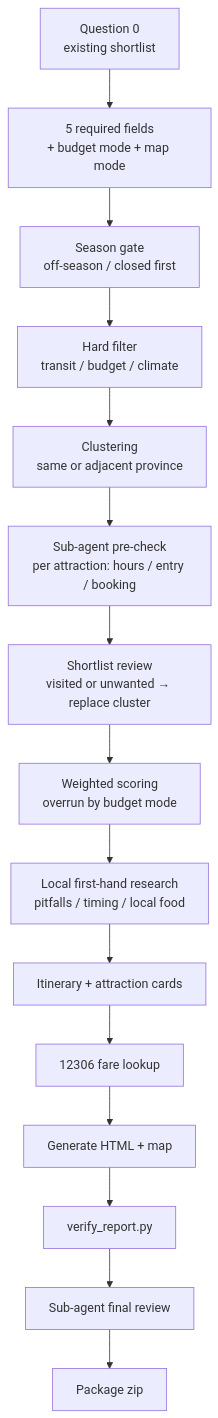
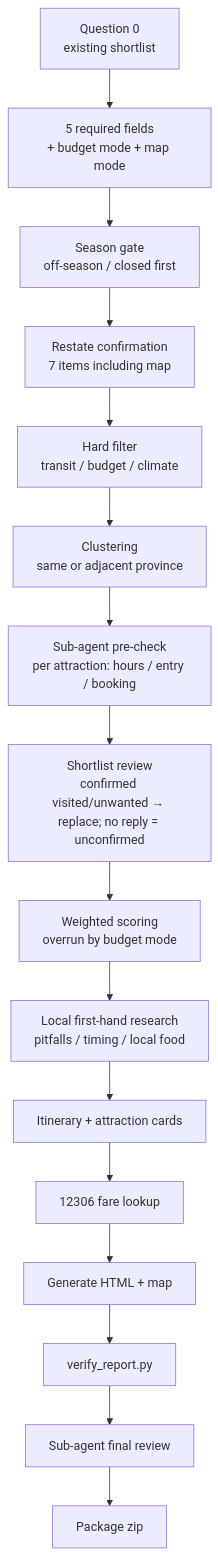
One commit to ghost-him/chinese-travel-recommend changed the diagram in README.md. Above: the diagram before and after it, drawn with Mermaid. The commit also changed other lines of this file and 14 other files, not shown here.

````diff
--- a/README.md
+++ b/README.md
@@ -53,17 +53,18 @@
 ```mermaid
 flowchart TD
   A[Question 0<br/>existing shortlist] --> B[5 required fields<br/>+ budget mode + map mode]
   B --> C[Season gate<br/>off-season / closed first]
-  C --> D[Hard filter<br/>transit / budget / climate]
+  C --> R[Restate confirmation<br/>7 items including map]
+  R --> D[Hard filter<br/>transit / budget / climate]
   D --> E[Clustering<br/>same or adjacent province]
   E --> F[Sub-agent pre-check<br/>per attraction: hours / entry / booking]
-  F --> G[Shortlist review<br/>visited or unwanted → replace cluster]
+  F --> G[Shortlist review<br/>confirmed visited/unwanted → replace; no reply = unconfirmed]
   G --> H[Weighted scoring<br/>overrun by budget mode]
   H --> I[Local first-hand research<br/>pitfalls / timing / local food]
   I --> J[Itinerary + attraction cards]
   J --> K[12306 fare lookup]
   K --> L[Generate HTML + map]
   L --> M[verify_report.py]
   M --> N[Sub-agent final review]
   N --> O[Package zip]
 ```
````
